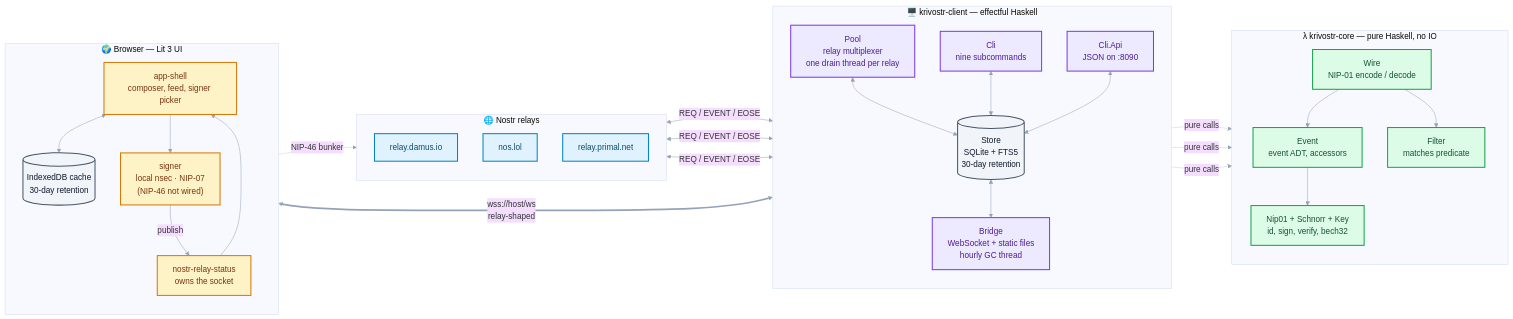
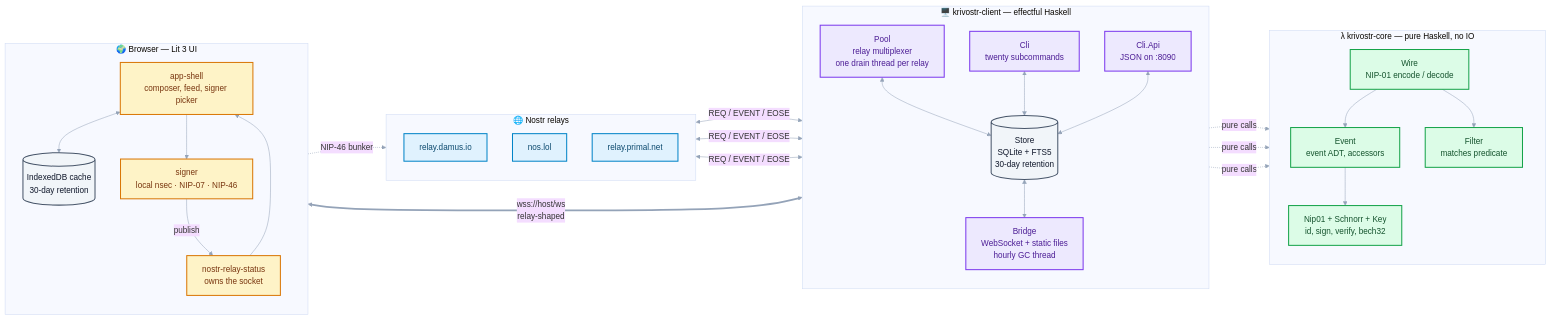
The diagram in README.md (sagar-shirwalkar/krivostr), drawn with Mermaid before and after one commit. The commit also changed other lines of this file and 134 other files, not shown here.

````diff
--- a/README.md
+++ b/README.md
@@ -274,67 +291,67 @@
 ```mermaid
 %%{init: {"theme": "base", "themeVariables": {"fontFamily": "ui-sans-serif, system-ui, sans-serif", "lineColor": "#94a3b8"}}}%%
 flowchart LR
     subgraph RELAYS["🌐 Nostr relays"]
         direction TB
         R1["relay.damus.io"]
         R2["nos.lol"]
         R3["relay.primal.net"]
     end
 
     subgraph CLIENT["🖥️ krivostr-client — effectful Haskell"]
         direction TB
         POOL["Pool<br/>relay multiplexer<br/>one drain thread per relay"]
         STORE[("Store<br/>SQLite + FTS5<br/>30-day retention")]
         BRIDGE["Bridge<br/>WebSocket + static files<br/>hourly GC thread"]
-        CLI["Cli<br/>nine subcommands"]
+        CLI["Cli<br/>twenty subcommands"]
         API["Cli.Api<br/>JSON on :8090"]
     end
 
     subgraph CORE["λ krivostr-core — pure Haskell, no IO"]
         direction TB
         WIRE["Wire<br/>NIP-01 encode / decode"]
         EVENT["Event<br/>event ADT, accessors"]
         SCHNORR["Nip01 + Schnorr + Key<br/>id, sign, verify, bech32"]
         FILTER["Filter<br/>matches predicate"]
     end
 
     subgraph BROWSER["🌍 Browser — Lit 3 UI"]
         direction TB
         SHELL["app-shell<br/>composer, feed, signer picker"]
         STATUS["nostr-relay-status<br/>owns the socket"]
-        SIGNER["signer<br/>local nsec · NIP-07<br/>(NIP-46 not wired)"]
+        SIGNER["signer<br/>local nsec · NIP-07 · NIP-46"]
         IDB[("IndexedDB cache<br/>30-day retention")]
     end
 
     R1 & R2 & R3 <-->|"REQ / EVENT / EOSE"| POOL
     POOL <--> STORE
     CLI <--> STORE
     API <--> STORE
     STORE <--> BRIDGE
 
     POOL -.->|"pure calls"| WIRE
     BRIDGE -.->|"pure calls"| WIRE
     CLI -.->|"pure calls"| WIRE
     WIRE --> EVENT
     WIRE --> FILTER
     EVENT --> SCHNORR
 
     BRIDGE <==>|"wss://host/ws<br/>relay-shaped"| STATUS
     STATUS --> SHELL
     SHELL <--> IDB
     SHELL --> SIGNER
     SIGNER -->|"publish"| STATUS
     SIGNER -.->|"NIP-46 bunker"| RELAYS
 
     classDef relay fill:#e0f2fe,stroke:#0284c7,stroke-width:2px,color:#0c4a6e
     classDef client fill:#ede9fe,stroke:#7c3aed,stroke-width:2px,color:#4c1d95
     classDef core fill:#dcfce7,stroke:#16a34a,stroke-width:2px,color:#14532d
     classDef ui fill:#fef3c7,stroke:#d97706,stroke-width:2px,color:#78350f
     classDef data fill:#f1f5f9,stroke:#475569,stroke-width:2px,color:#0f172a
 
     class R1,R2,R3 relay
     class POOL,BRIDGE,CLI,API client
     class WIRE,EVENT,SCHNORR,FILTER core
     class SHELL,STATUS,SIGNER ui
     class STORE,IDB data
 ```
````
